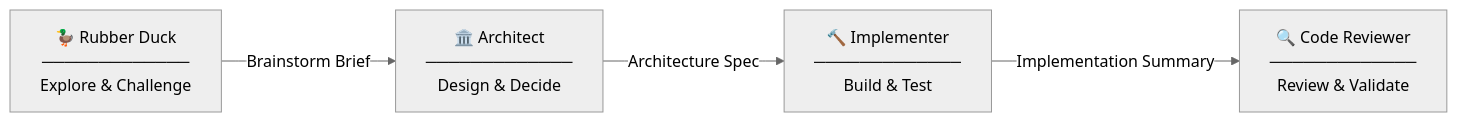
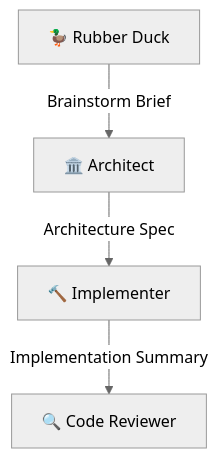
One commit to marcelorodrigo/spring-crew-plugin changed the diagram in README.md. Above: the diagram before and after it, drawn with Mermaid (neutral theme). The commit also changed other lines of this file, not shown here.

````diff
--- a/README.md
+++ b/README.md
@@ -45,11 +27,6 @@
 ```mermaid
-flowchart LR
-    RD["🦆 Rubber Duck\n─────────────\nExplore & Challenge"]
-    AR["🏛️ Architect\n─────────────\nDesign & Decide"]
-    IM["🔨 Implementer\n─────────────\nBuild & Test"]
-    CR["🔍 Code Reviewer\n─────────────\nReview & Validate"]
-
-    RD -->|"Brainstorm Brief"| AR
-    AR -->|"Architecture Spec"| IM
-    IM -->|"Implementation Summary"| CR
+flowchart TD
+    RD["🦆 Rubber Duck"] -->|"Brainstorm Brief"| AR["🏛️ Architect"]
+    AR -->|"Architecture Spec"| IM["🔨 Implementer"]
+    IM -->|"Implementation Summary"| CR["🔍 Code Reviewer"]
 ```
````
